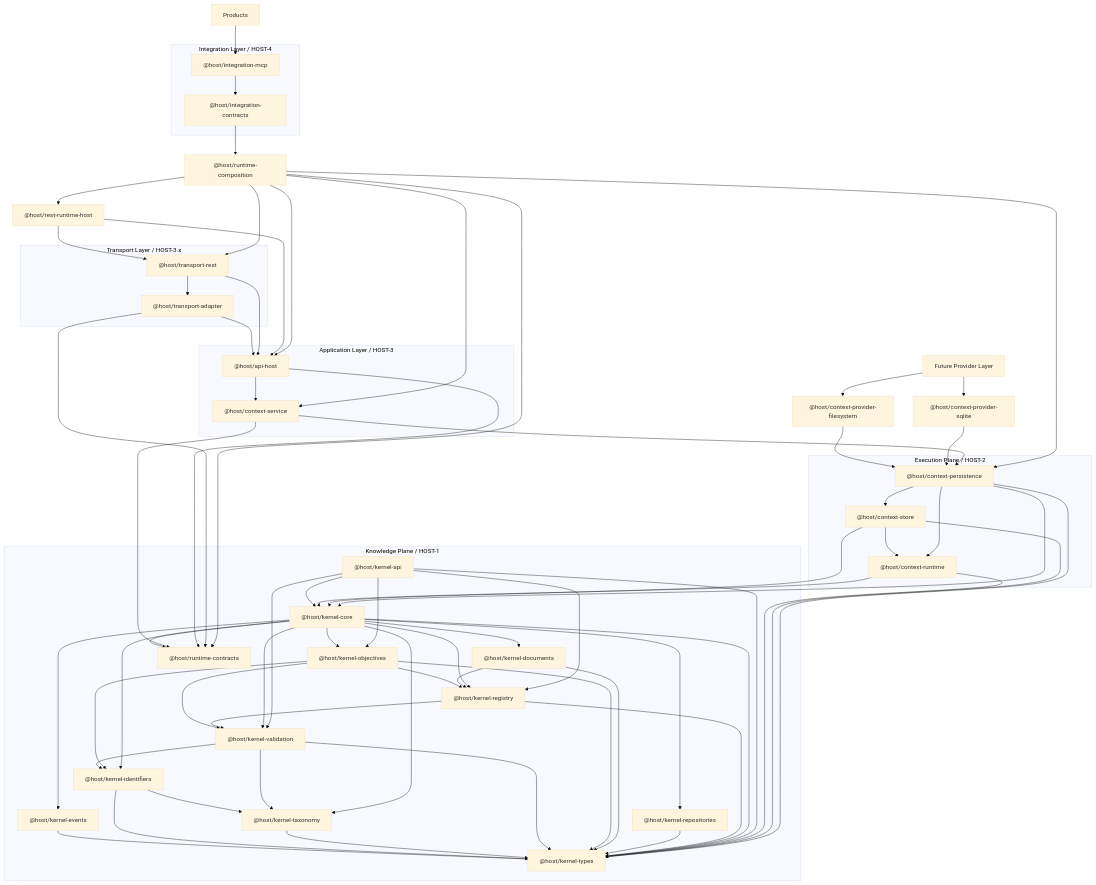
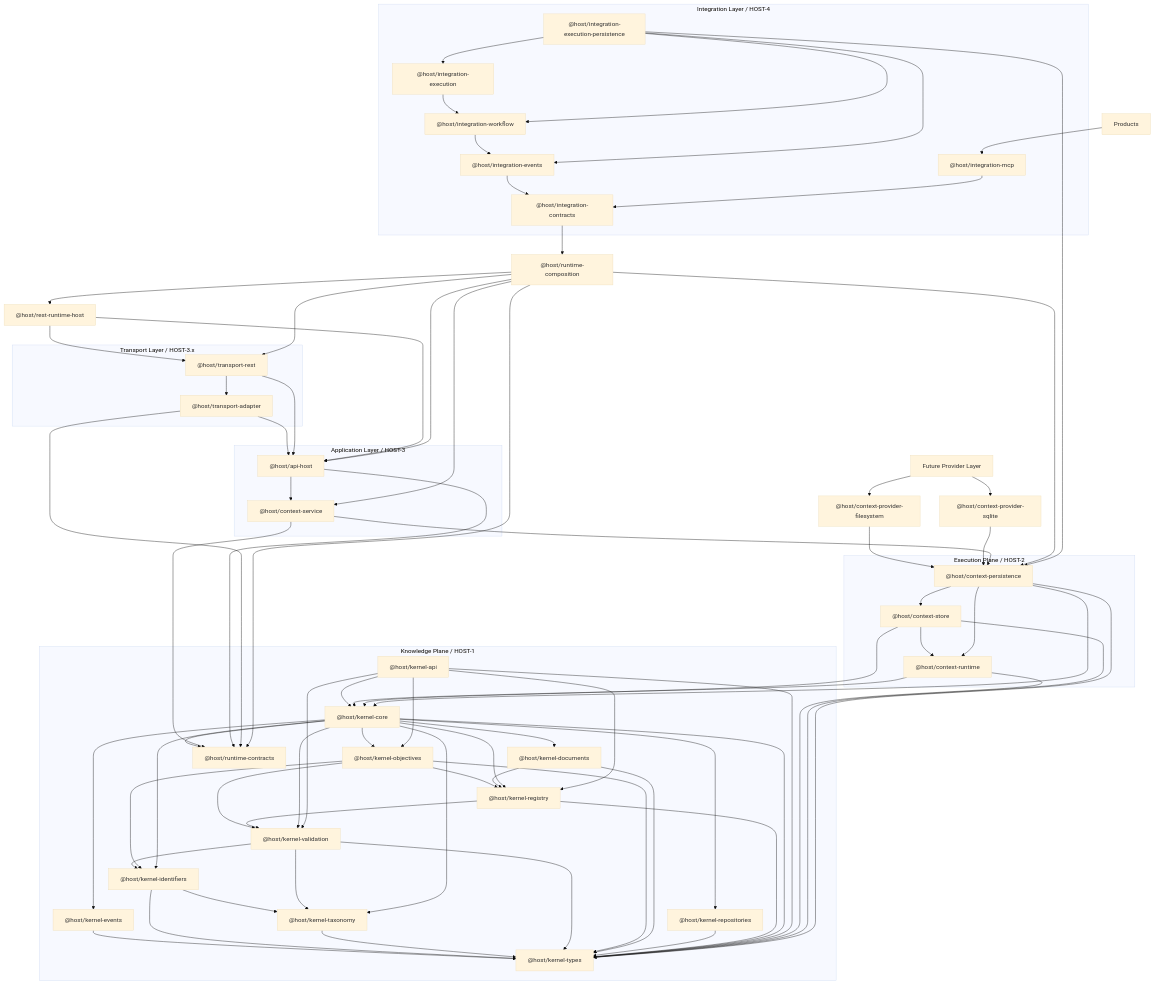
One commit to captjreacher/HOST-kernel changed the diagram in docs/architecture/package-dependency-graph.md. Above: the diagram before and after it, drawn with Mermaid (base theme). The commit also changed other lines of this file and 23 other files, not shown here.

Commit message:
feat(host-4.9): add durable execution persistence and deterministic recovery

````diff
--- a/docs/architecture/package-dependency-graph.md
+++ b/docs/architecture/package-dependency-graph.md
@@ -42,6 +42,10 @@
 
   subgraph Integration["Integration Layer / HOST-4"]
   IntegrationContracts["@host/integration-contracts"]
+  IntegrationEvents["@host/integration-events"]
+  IntegrationWorkflow["@host/integration-workflow"]
+  IntegrationExecution["@host/integration-execution"]
+  IntegrationExecutionPersistence["@host/integration-execution-persistence"]
   IntegrationMcp["@host/integration-mcp"]
   end
 
@@ -108,6 +112,13 @@
   RuntimeComposition --> Rest
   RuntimeComposition --> RuntimeHost
   IntegrationContracts --> RuntimeComposition
+  IntegrationEvents --> IntegrationContracts
+  IntegrationWorkflow --> IntegrationEvents
+  IntegrationExecution --> IntegrationWorkflow
+  IntegrationExecutionPersistence --> IntegrationExecution
+  IntegrationExecutionPersistence --> IntegrationWorkflow
+  IntegrationExecutionPersistence --> IntegrationEvents
+  IntegrationExecutionPersistence --> CtxPersistence
   IntegrationMcp --> IntegrationContracts
   Products --> IntegrationMcp
 ```
````
